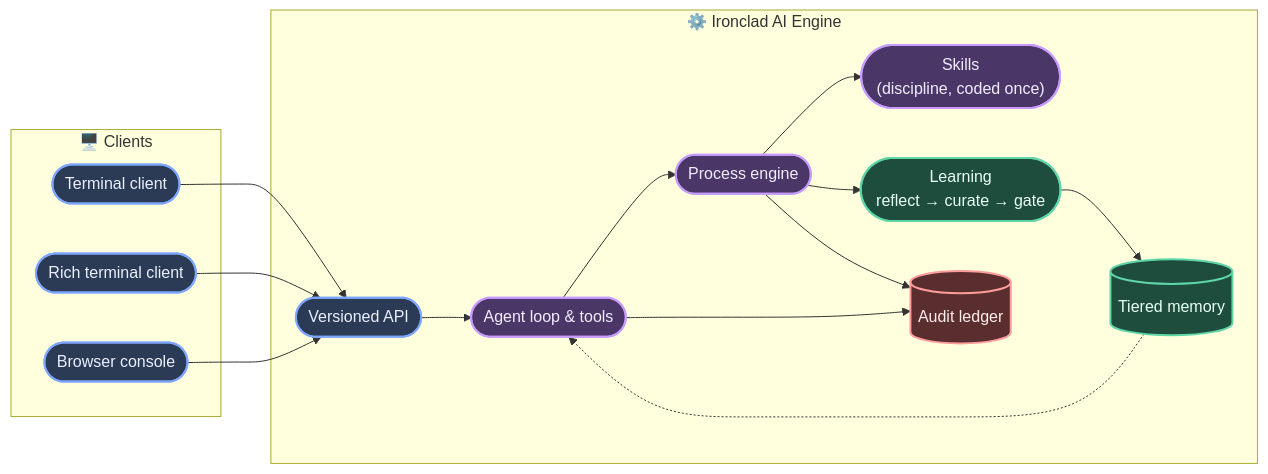
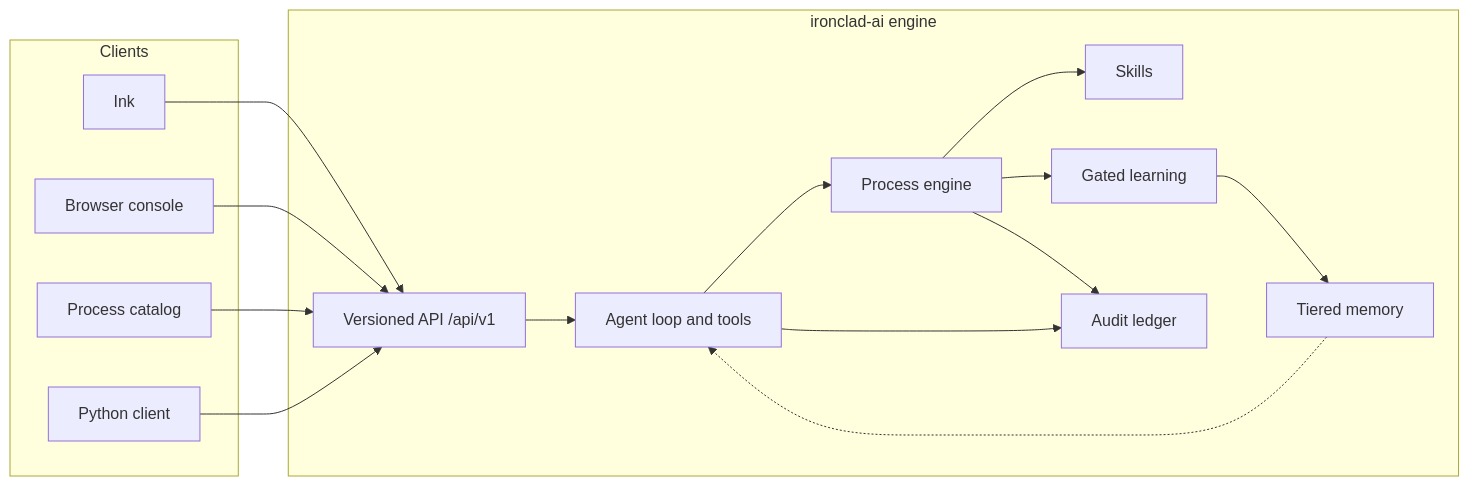
The first of 2 diagrams in README.md (GrokBuildMJW/ironclad), drawn with Mermaid before and after one commit. The commit also changed other lines of this file and 13 other files, not shown here.

````diff
--- a/README.md
+++ b/README.md
@@ -75,39 +69,32 @@
 ```mermaid
 flowchart LR
-    subgraph Clients["🖥️ Clients"]
-        TUI(["Terminal client"])
-        INK(["Rich terminal client"])
-        WEB(["Browser console"])
+    subgraph Clients
+        INK[Ink]
+        WEB[Browser console]
+        CAT[Process catalog]
+        PY[Python client]
     end
 
-    subgraph Engine["⚙️ Ironclad AI Engine"]
-        API(["Versioned API"])
-        LOOP(["Agent loop & tools"])
-        PROC(["Process engine"])
-        SKILL(["Skills\n(discipline, coded once)"])
-        LEARN(["Learning\nreflect → curate → gate"])
-        MEM[("Tiered memory")]
-        AUDIT[("Audit ledger")]
+    subgraph Engine["ironclad-ai engine"]
+        API["Versioned API /api/v1"]
+        LOOP[Agent loop and tools]
+        PROC[Process engine]
+        SKILL[Skills]
+        LEARN[Gated learning]
+        MEM[Tiered memory]
+        AUDIT[Audit ledger]
     end
 
-    TUI --> API
     INK --> API
     WEB --> API
+    CAT --> API
+    PY --> API
     API --> LOOP
     LOOP --> PROC
     PROC --> SKILL
     PROC --> LEARN
     LEARN --> MEM
     MEM -.-> LOOP
     PROC --> AUDIT
     LOOP --> AUDIT
-
-    classDef client fill:#2b3a55,stroke:#7ea6ff,stroke-width:2px,color:#eaf0ff
-    classDef core fill:#4a3768,stroke:#c79bff,stroke-width:2px,color:#f3ecff
-    classDef mind fill:#1f4d3d,stroke:#5fd6a8,stroke-width:2px,color:#e6fff5
-    classDef trust fill:#5a2e2e,stroke:#ff9d9d,stroke-width:2px,color:#ffecec
-    class TUI,INK,WEB,API client
-    class LOOP,PROC,SKILL core
-    class LEARN,MEM mind
-    class AUDIT trust
 ```
````
